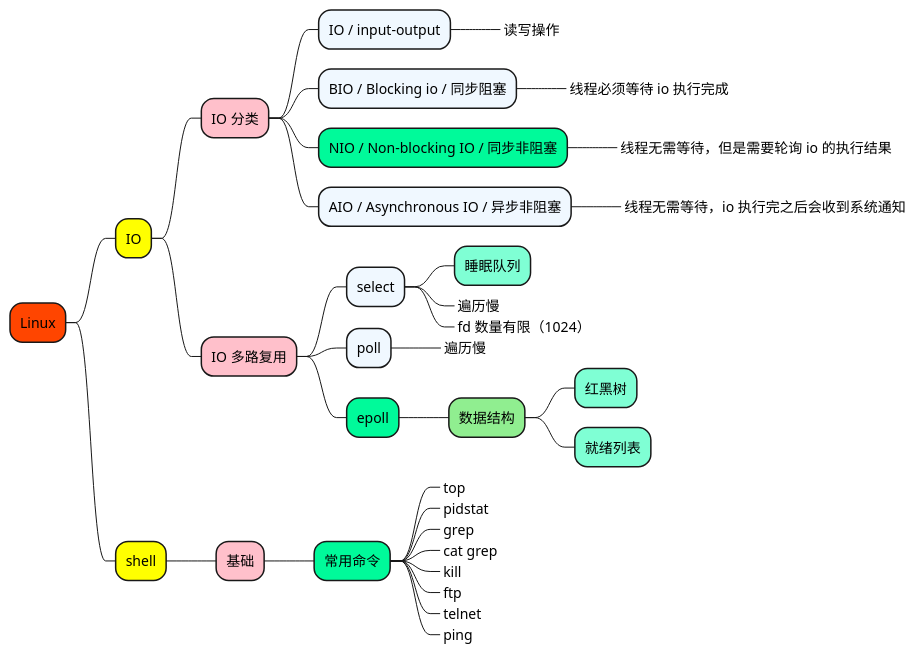
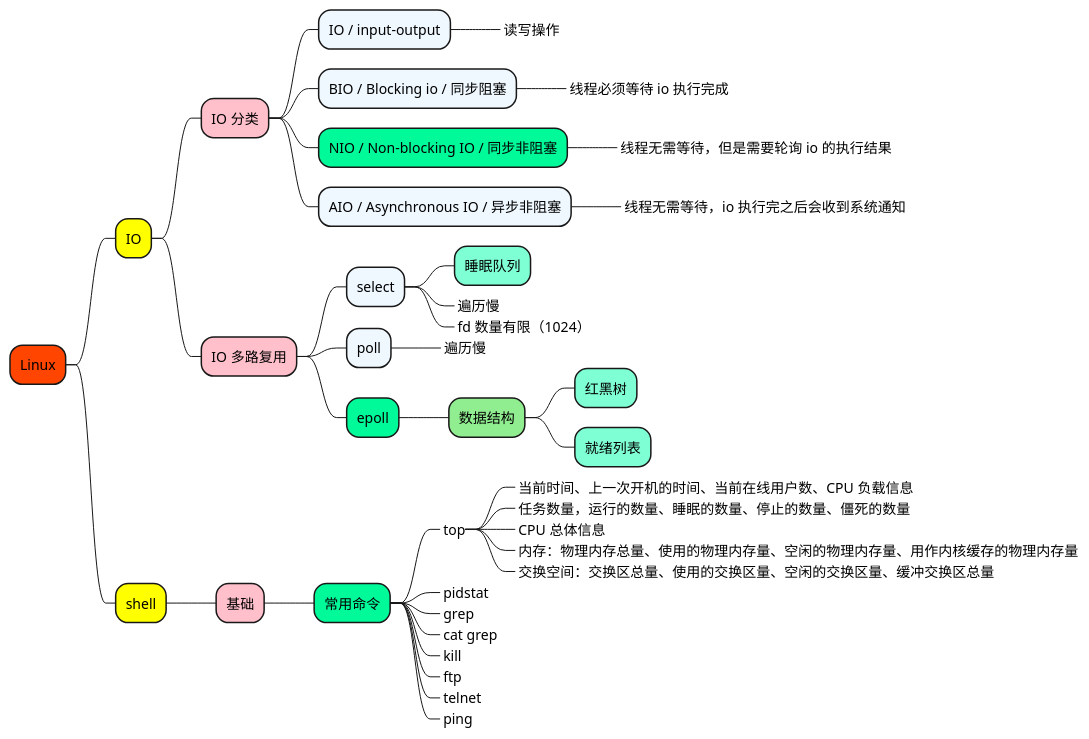
Before and after one commit to doveg/self-cultivation-of-a-software-engineer: the diagram in 1_map/server/Linux.puml, drawn with PlantUML. The commit also changed 7 other files, not shown here.

```diff
--- a/1_map/server/Linux.puml
+++ b/1_map/server/Linux.puml
@@ -1,49 +1,54 @@
 @startmindmap
 
 +[#OrangeRed] Linux
 
 ++[#yellow] IO
 
 +++[#Pink] IO 分类
 ++++[#AliceBlue] IO / input-output
 +++++_ 读写操作
 ++++[#AliceBlue] BIO / Blocking io / 同步阻塞
 +++++_ 线程必须等待 io 执行完成
 ++++[#MediumSpringGreen] NIO / Non-blocking IO / 同步非阻塞
 +++++_ 线程无需等待，但是需要轮询 io 的执行结果
 ++++[#AliceBlue] AIO / Asynchronous IO / 异步非阻塞
 +++++_ 线程无需等待，io 执行完之后会收到系统通知
 
 +++[#Pink] IO 多路复用
 
 ++++[#AliceBlue] select
 +++++[#Aquamarine] 睡眠队列
 +++++[#Aquamarine]_ 遍历慢
 +++++[#Aquamarine]_ fd 数量有限（1024）
 
 ++++[#AliceBlue] poll
 +++++[#Aquamarine]_ 遍历慢
 
 ++++[#MediumSpringGreen] epoll
 +++++[#LightGreen] 数据结构
 ++++++[#Aquamarine] 红黑树
 ++++++[#Aquamarine] 就绪列表
 
 
 ++[#yellow] shell
 
 +++[#Pink] 基础
 
 ++++[#MediumSpringGreen] 常用命令
 +++++[#GhostWhite]_ top
+++++++[#Aquamarine]_ 当前时间、上一次开机的时间、当前在线用户数、CPU 负载信息
+++++++[#Aquamarine]_ 任务数量，运行的数量、睡眠的数量、停止的数量、僵死的数量
+++++++[#Aquamarine]_ CPU 总体信息
+++++++[#Aquamarine]_ 内存：物理内存总量、使用的物理内存量、空闲的物理内存量、用作内核缓存的物理内存量
+++++++[#Aquamarine]_ 交换空间：交换区总量、使用的交换区量、空闲的交换区量、缓冲交换区总量
 +++++[#GhostWhite]_ pidstat
 +++++[#GhostWhite]_ grep
 +++++[#GhostWhite]_ cat grep
 +++++[#GhostWhite]_ kill
 +++++[#GhostWhite]_ ftp
 +++++[#GhostWhite]_ telnet
 +++++[#GhostWhite]_ ping
 
 
 
 @endmindmap
```
